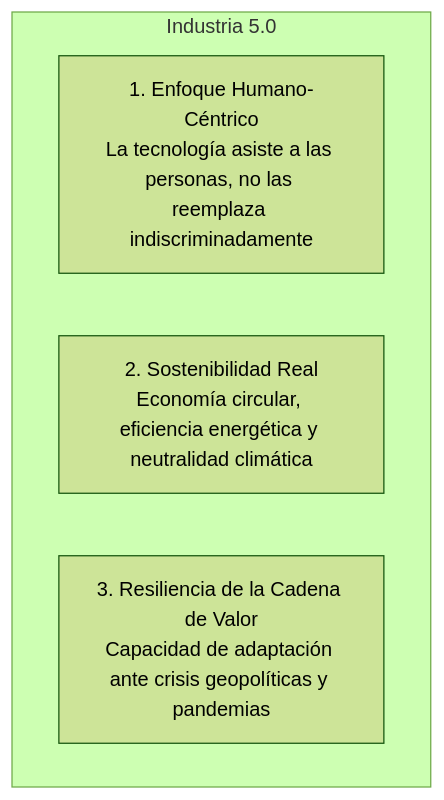
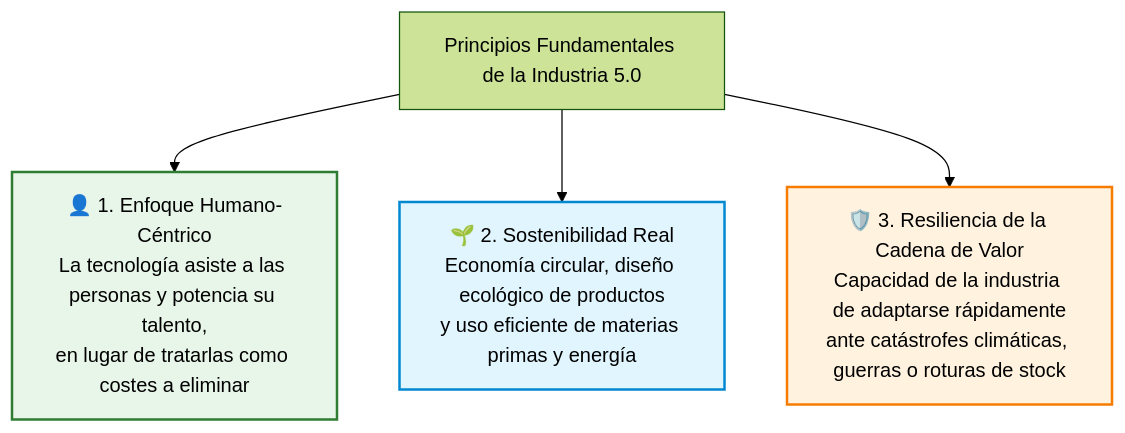
Before and after one commit to jssdocente/dasp2627d: the sixth of 7 diagrams in docs/temas/01-digitalizacion/01-revoluciones-industriales.md, drawn with Mermaid (forest theme). The commit also changed other lines of this file, not shown here.

Commit message:
docs(u1): ampliar revoluciones industriales con cuadros comparativos antes vs después y casos de la vida real

````diff
--- a/docs/temas/01-digitalizacion/01-revoluciones-industriales.md
+++ b/docs/temas/01-digitalizacion/01-revoluciones-industriales.md
@@ -89,8 +204,12 @@
 ```mermaid
 graph TD
-    subgraph Industria 5.0
-        H["1. Enfoque Humano-Céntrico<br/>La tecnología asiste a las personas, no las reemplaza indiscriminadamente"]
-        S["2. Sostenibilidad Real<br/>Economía circular, eficiencia energética y neutralidad climática"]
-        R["3. Resiliencia de la Cadena de Valor<br/>Capacidad de adaptación ante crisis geopolíticas y pandemias"]
-    end
+    classDef hum fill:#e8f5e9,stroke:#2e7d32,stroke-width:2px;
+    classDef sos fill:#e1f5fe,stroke:#0288d1,stroke-width:2px;
+    classDef res fill:#fff3e0,stroke:#f57c00,stroke-width:2px;
+
+    I5["Principios Fundamentales de la Industria 5.0"]
+    
+    I5 --> H["👤 1. Enfoque Humano-Céntrico<br/>La tecnología asiste a las personas y potencia su talento,<br/>en lugar de tratarlas como costes a eliminar"]:::hum
+    I5 --> S["🌱 2. Sostenibilidad Real<br/>Economía circular, diseño ecológico de productos<br/>y uso eficiente de materias primas y energía"]:::sos
+    I5 --> R["🛡️ 3. Resiliencia de la Cadena de Valor<br/>Capacidad de la industria de adaptarse rápidamente<br/>ante catástrofes climáticas, guerras o roturas de stock"]:::res
 ```
````
